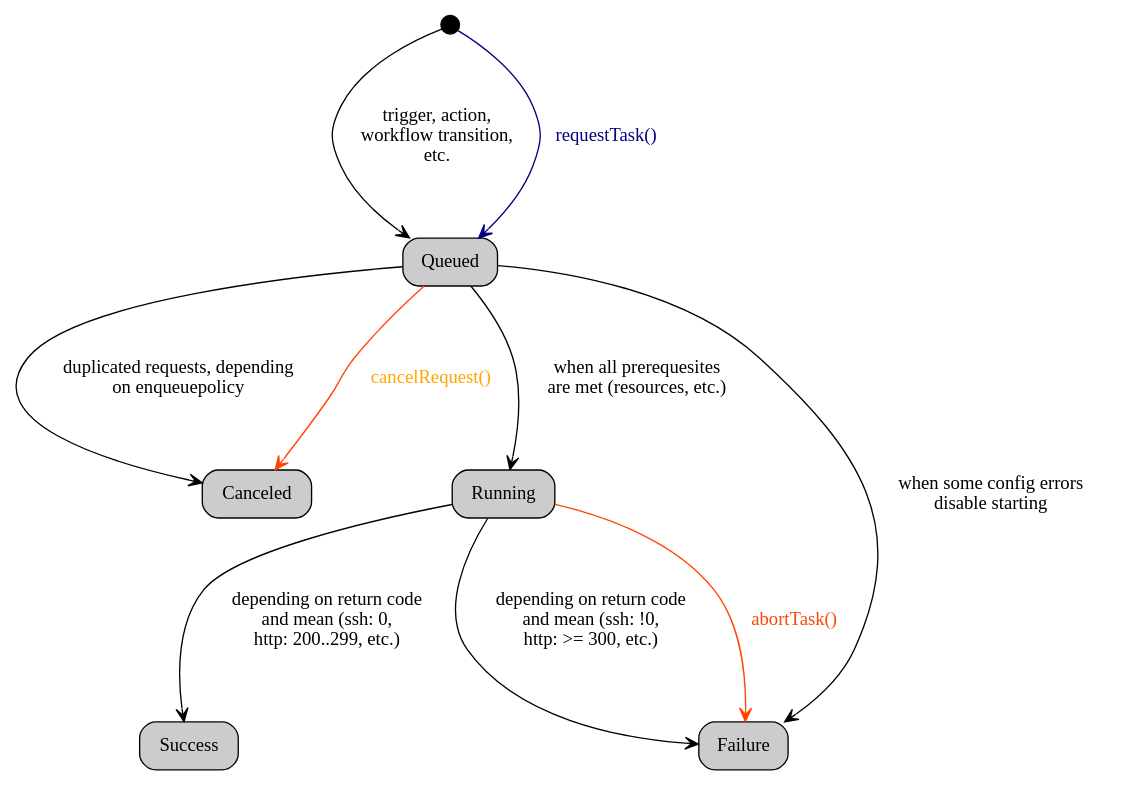
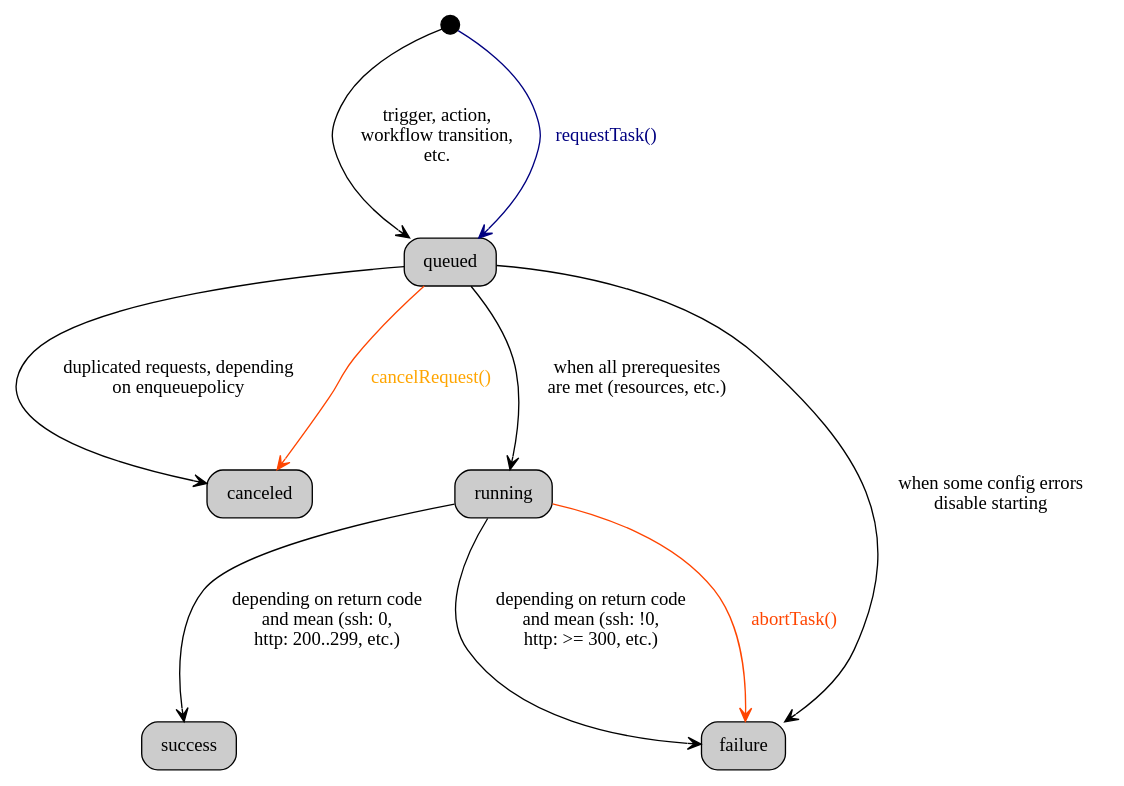
One commit to g76r/libqron changed the diagram in doc/taskinstances_statuses.dot. Above: the diagram before and after it, drawn with Graphviz.

Commit message:
doc: lower case in taskinstances statuses diagram, for consistency

```diff
--- a/doc/taskinstances_statuses.dot
+++ b/doc/taskinstances_statuses.dot
@@ -1,24 +1,24 @@
 graph g {
   newrank=true;
   graph [compound=true,style=rounded,ranksep=1.5]
   edge [arrowhead=vee,dir=forward]
   node [shape=box,style="rounded,filled",fillcolor=grey80]
 
   start [shape=circle,style=filled,width=.2,label="",fillcolor=black]
 
-  start -- Queued [label="trigger, action,\nworkflow transition,\netc."]
-  Queued -- Canceled [label="duplicated requests, depending\non enqueuepolicy"]
-  Queued -- Running [label="when all prerequesites\nare met (resources, etc.)"]
-  Running -- Success [label="depending on return code\nand mean (ssh: 0,\nhttp: 200..299, etc.)"]
-  Running -- Failure [label="depending on return code\nand mean (ssh: !0,\nhttp: >= 300, etc.)"]
-  Queued -- Failure [label="when some config errors\ndisable starting"]
+  start -- queued [label="trigger, action,\nworkflow transition,\netc."]
+  queued -- canceled [label="duplicated requests, depending\non enqueuepolicy"]
+  queued -- running [label="when all prerequesites\nare met (resources, etc.)"]
+  running -- success [label="depending on return code\nand mean (ssh: 0,\nhttp: 200..299, etc.)"]
+  running -- failure [label="depending on return code\nand mean (ssh: !0,\nhttp: >= 300, etc.)"]
+  queued -- failure [label="when some config errors\ndisable starting"]
 
   edge [color=navy,fontcolor=navy]
-  start -- Queued [label="requestTask()"]
+  start -- queued [label="requestTask()"]
 
   edge [color=orangered,fontcolor=orange]
-  Queued -- Canceled [label="cancelRequest()"]
+  queued -- canceled [label="cancelRequest()"]
 
   edge [color=orangered,fontcolor=orangered]
-  Running -- Failure [label="abortTask()"]
+  running -- failure [label="abortTask()"]
 }
```
